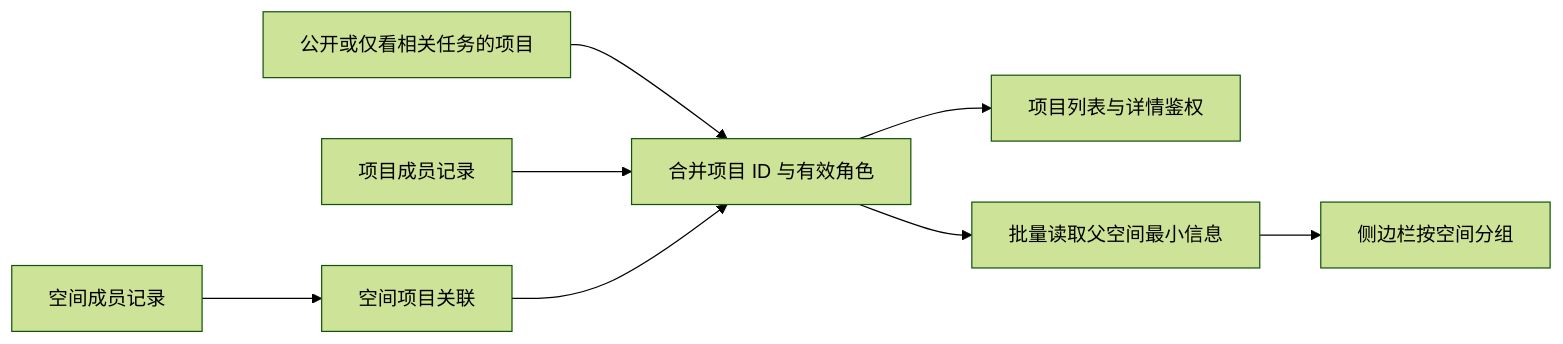
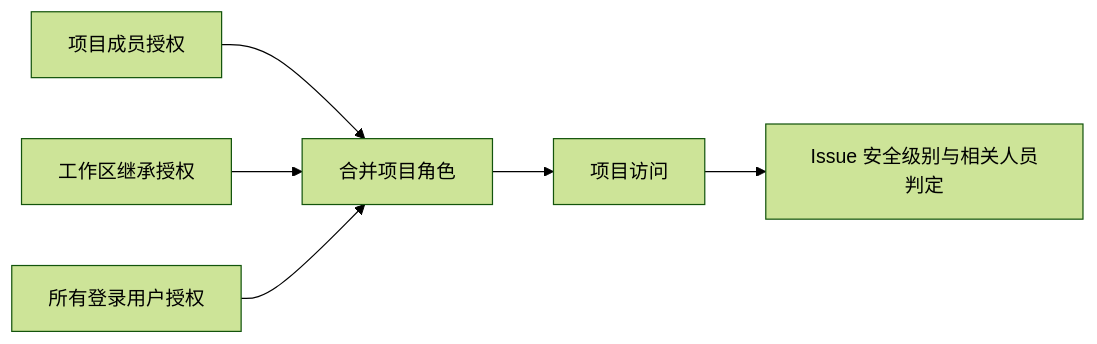
One commit to wecode-ai/wegent-docs changed the diagram in i18n/zh/docusaurus-plugin-content-docs/current/developer-guide/project-visibility.md. Above: the diagram before and after it, drawn with Mermaid (forest theme). The commit also changed other lines of this file and 3 other files, not shown here.

````diff
--- a/i18n/zh/docusaurus-plugin-content-docs/current/developer-guide/project-visibility.md
+++ b/i18n/zh/docusaurus-plugin-content-docs/current/developer-guide/project-visibility.md
@@ -18,10 +15,8 @@
 ```mermaid
 flowchart LR
-    A[公开或仅看相关任务的项目] --> D[合并项目 ID 与有效角色]
-    B[项目成员记录] --> D
-    C[空间成员记录] --> E[空间项目关联]
-    E --> D
-    D --> F[项目列表与详情鉴权]
-    D --> G[批量读取父空间最小信息]
-    G --> H[侧边栏按空间分组]
+    A[项目成员授权] --> D[合并项目角色]
+    B[工作区继承授权] --> D
+    C[所有登录用户授权] --> D
+    D --> E[项目访问]
+    E --> F[Issue 安全级别与相关人员判定]
 ```
````
